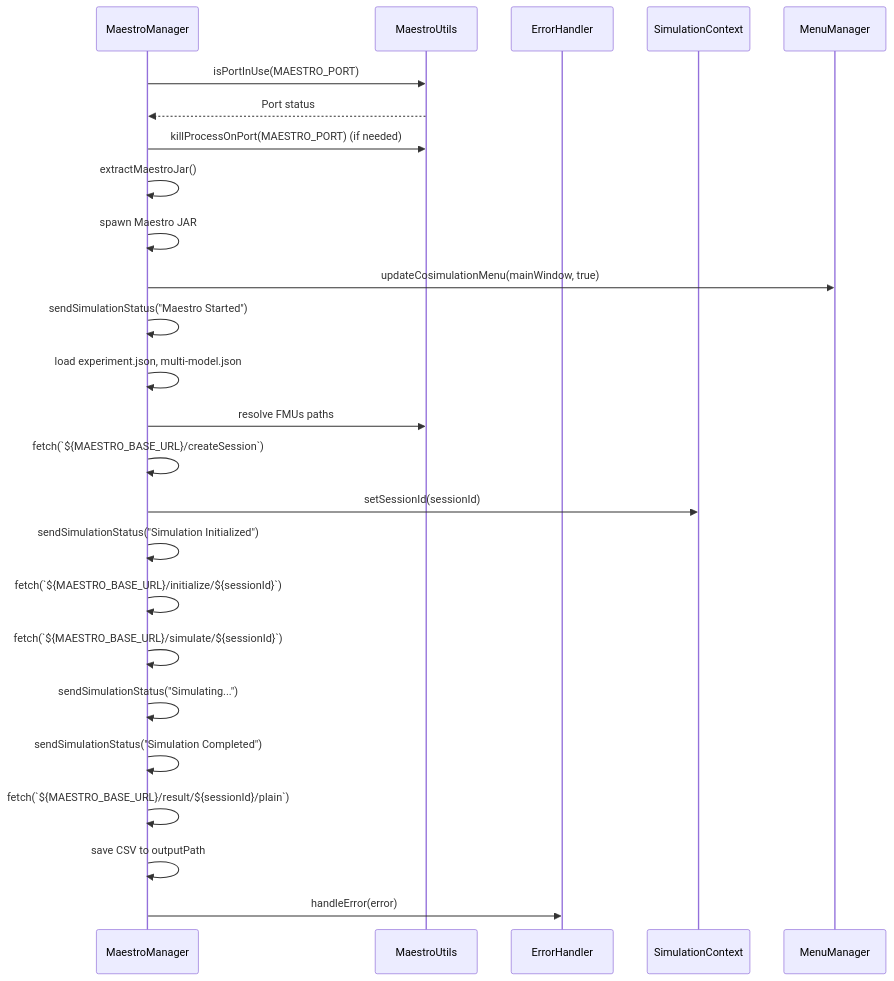
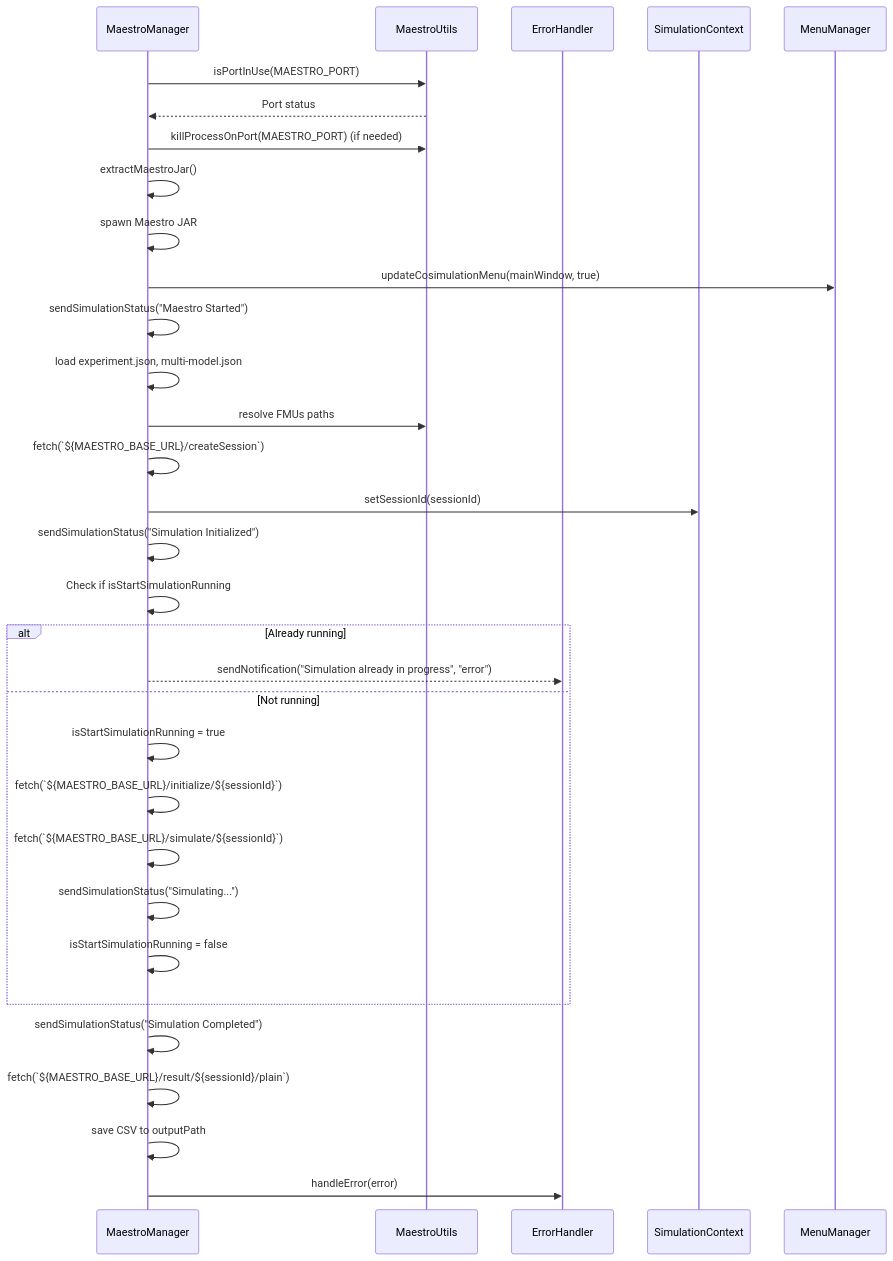
Before and after one commit to INTO-CPS-Association/into-cps-application: the fourth of 6 diagrams in docs/APPLICATION LAYERS.md, drawn with Mermaid. The commit also changed other lines of this file and 3 other files, not shown here.

Commit message:
- Updated User Guide - Updated Documentation with new features - Integrated features in diagrams

````diff
--- a/docs/APPLICATION LAYERS.md
+++ b/docs/APPLICATION LAYERS.md
@@ -316,42 +318,49 @@
 ```mermaid
 sequenceDiagram
     participant MM as MaestroManager
     participant MU as MaestroUtils
     participant EH as ErrorHandler
     participant MC as SimulationContext
     participant Menu as MenuManager
 
     %% Starting Maestro %%
     MM->>MU: isPortInUse(MAESTRO_PORT)
     MU-->>MM: Port status
     MM->>MU: killProcessOnPort(MAESTRO_PORT) (if needed)
     MM->>MM: extractMaestroJar()
     MM->>MM: spawn Maestro JAR
     MM->>Menu: updateCosimulationMenu(mainWindow, true)
 
     %% Maestro successfully started %%
     MM->>MM: sendSimulationStatus("Maestro Started")
 
     %% Simulation Initialization %%
     MM->>MM: load experiment.json, multi-model.json
     MM->>MU: resolve FMUs paths
     MM->>MM: fetch(`${MAESTRO_BASE_URL}/createSession`)
     MM->>MC: setSessionId(sessionId)
     MM->>MM: sendSimulationStatus("Simulation Initialized")
 
     %% Running Simulation %%
-    MM->>MM: fetch(`${MAESTRO_BASE_URL}/initialize/${sessionId}`)
-    MM->>MM: fetch(`${MAESTRO_BASE_URL}/simulate/${sessionId}`)
-    MM->>MM: sendSimulationStatus("Simulating...")
+    MM->>MM: Check if isStartSimulationRunning
+    alt Already running
+        MM-->>EH: sendNotification("Simulation already in progress", "error")
+    else Not running
+        MM->>MM: isStartSimulationRunning = true
+        MM->>MM: fetch(`${MAESTRO_BASE_URL}/initialize/${sessionId}`)
+        MM->>MM: fetch(`${MAESTRO_BASE_URL}/simulate/${sessionId}`)
+        MM->>MM: sendSimulationStatus("Simulating...")
+        MM->>MM: isStartSimulationRunning = false
+    end
 
     %% Simulation Completion %%
     MM->>MM: sendSimulationStatus("Simulation Completed")
 
     %% Retrieving Results %%
     MM->>MM: fetch(`${MAESTRO_BASE_URL}/result/${sessionId}/plain`)
     MM->>MM: save CSV to outputPath
 
     %% Handling Errors %%
     MM->>EH: handleError(error)
 
 ```
````
